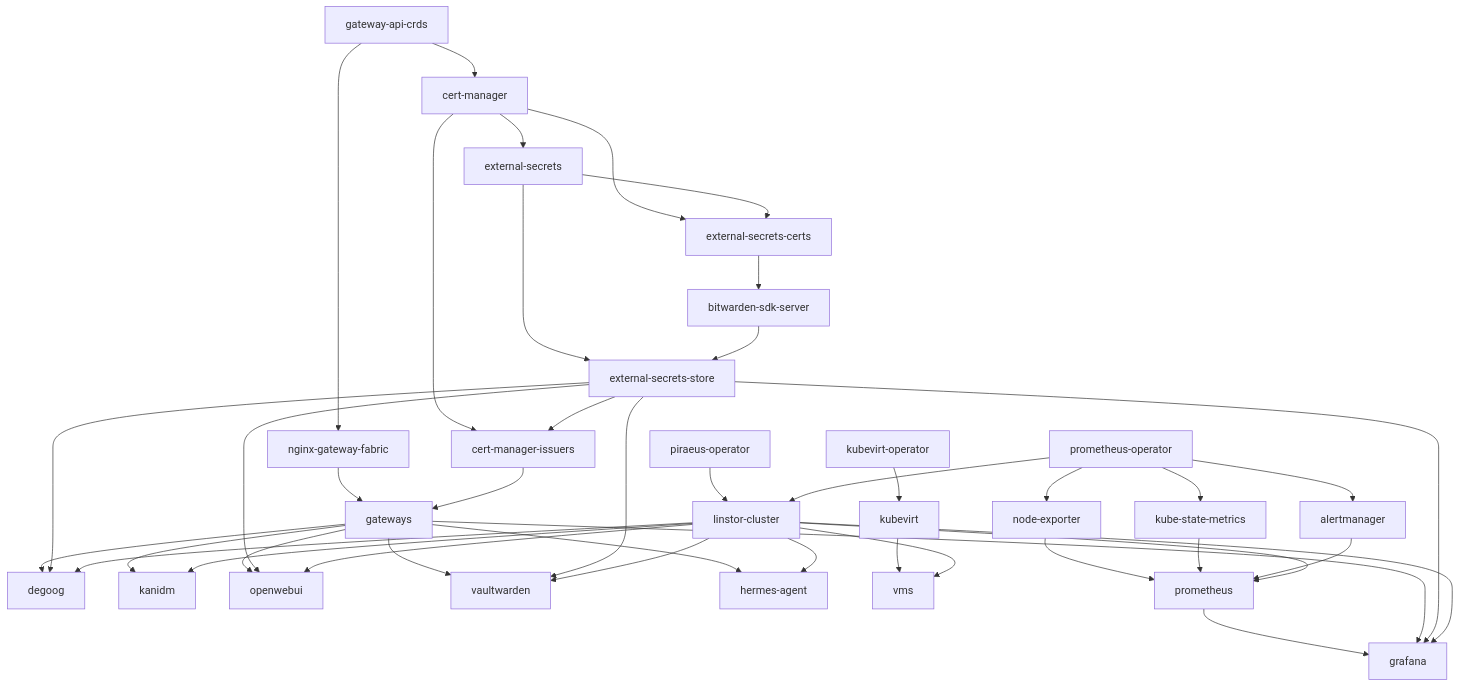
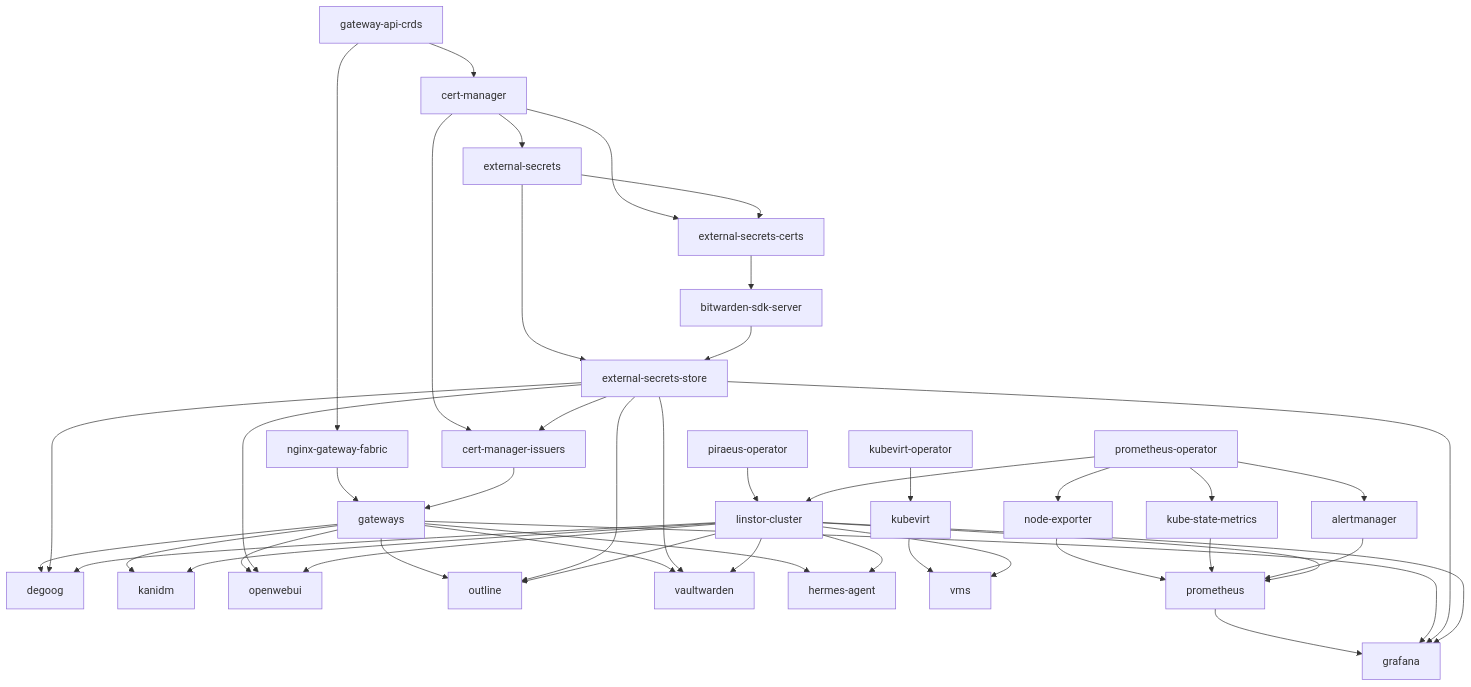
The diagram in README.md (martinxtinto/k8s-flux), drawn with Mermaid before and after one commit. The commit also changed other lines of this file and 9 other files, not shown here.

````diff
--- a/README.md
+++ b/README.md
@@ -30,44 +30,47 @@
 ```mermaid
 flowchart TD
   gateway-api-crds --> cert-manager
   gateway-api-crds --> nginx-gateway-fabric
   cert-manager --> external-secrets
   cert-manager --> external-secrets-certs
   external-secrets --> external-secrets-certs
   external-secrets --> external-secrets-store
   external-secrets-certs --> bitwarden-sdk-server
   bitwarden-sdk-server --> external-secrets-store
   cert-manager --> cert-manager-issuers
   external-secrets-store --> cert-manager-issuers
   nginx-gateway-fabric --> gateways
   cert-manager-issuers --> gateways
   piraeus-operator --> linstor-cluster
   prometheus-operator --> linstor-cluster
   kubevirt-operator --> kubevirt
   gateways --> degoog
   external-secrets-store --> degoog
   linstor-cluster --> degoog
   gateways --> kanidm
   linstor-cluster --> kanidm
   gateways --> openwebui
   external-secrets-store --> openwebui
   linstor-cluster --> openwebui
+  gateways --> outline
+  external-secrets-store --> outline
+  linstor-cluster --> outline
   gateways --> vaultwarden
   external-secrets-store --> vaultwarden
   linstor-cluster --> vaultwarden
   gateways --> hermes-agent
   linstor-cluster --> hermes-agent
   kubevirt --> vms
   linstor-cluster --> vms
   prometheus-operator --> node-exporter
   prometheus-operator --> kube-state-metrics
   prometheus-operator --> alertmanager
   node-exporter --> prometheus
   kube-state-metrics --> prometheus
   alertmanager --> prometheus
   linstor-cluster --> prometheus
   prometheus --> grafana
   gateways --> grafana
   external-secrets-store --> grafana
   linstor-cluster --> grafana
 ```
````
